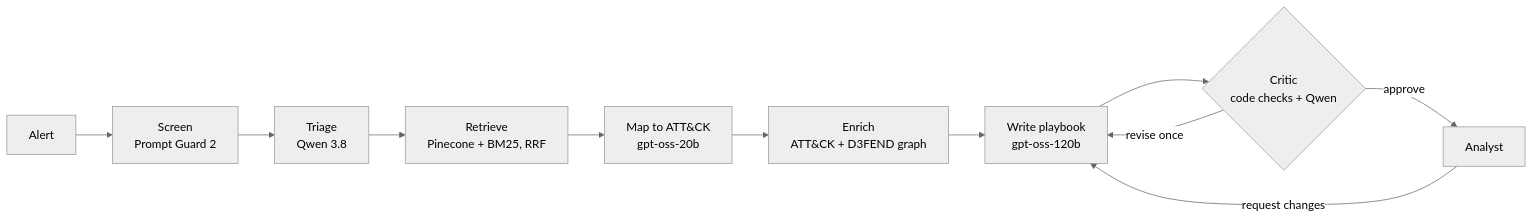
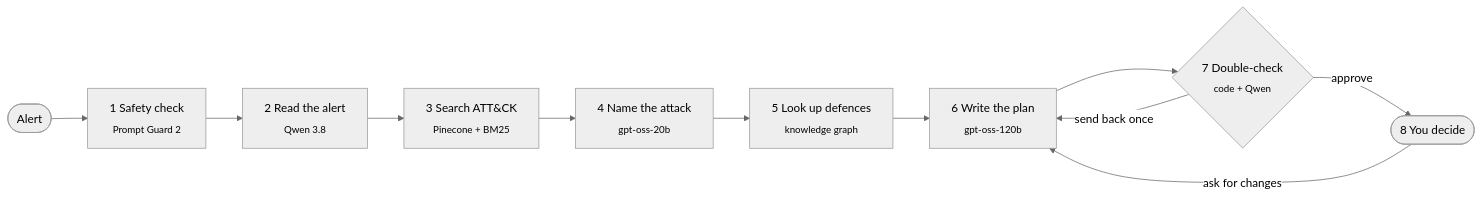
The diagram in README.md (M-AbubakarNadeem/Alert2Playbook), drawn with Mermaid (neutral theme) before and after one commit. The commit also changed other lines of this file and 35 other files, not shown here.

````diff
--- a/README.md
+++ b/README.md
@@ -13,13 +62,13 @@
 ```mermaid
 flowchart LR
-    A[Alert] --> S[Screen<br/>Prompt Guard 2]
-    S --> T[Triage<br/>Qwen 3.8]
-    T --> R[Retrieve<br/>Pinecone + BM25, RRF]
-    R --> M[Map to ATT&CK<br/>gpt-oss-20b]
-    M --> E[Enrich<br/>ATT&CK + D3FEND graph]
-    E --> W[Write playbook<br/>gpt-oss-120b]
-    W --> C{Critic<br/>code checks + Qwen}
-    C -- revise once --> W
-    C -- approve --> H[Analyst]
-    H -- request changes --> W
+    A([Alert]) --> S[1 Safety check<br/><sub>Prompt Guard 2</sub>]
+    S --> T[2 Read the alert<br/><sub>Qwen 3.8</sub>]
+    T --> R[3 Search ATT&CK<br/><sub>Pinecone + BM25</sub>]
+    R --> M[4 Name the attack<br/><sub>gpt-oss-20b</sub>]
+    M --> E[5 Look up defences<br/><sub>knowledge graph</sub>]
+    E --> W[6 Write the plan<br/><sub>gpt-oss-120b</sub>]
+    W --> C{7 Double-check<br/><sub>code + Qwen</sub>}
+    C -- send back once --> W
+    C -- approve --> H([8 You decide])
+    H -- ask for changes --> W
 ```
````
